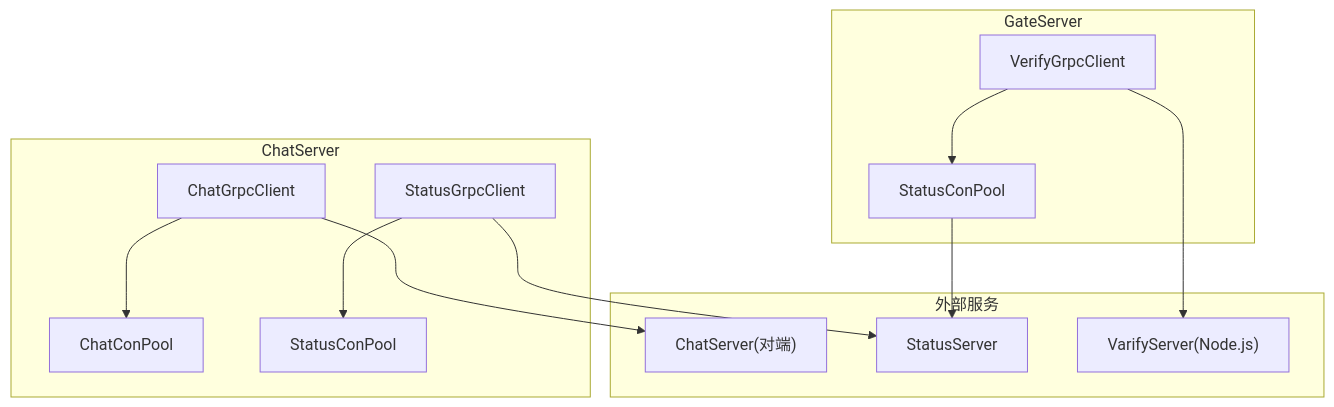
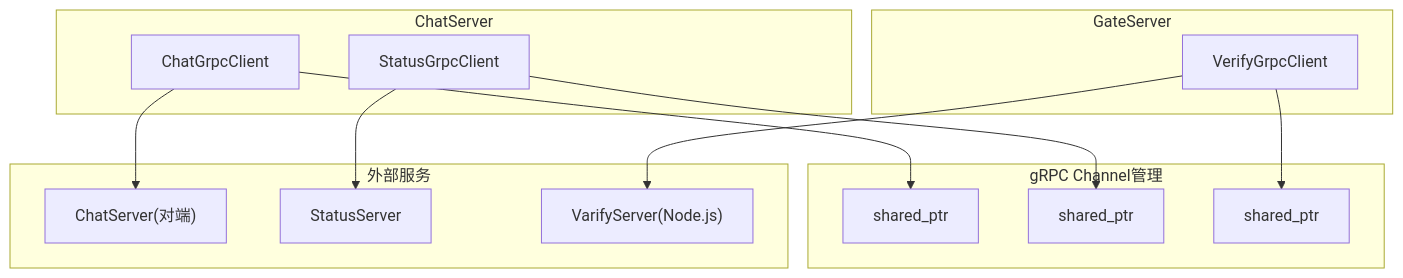
Before and after one commit to echo9923/mychatter: the first of 8 diagrams in .qoder/repowiki/zh/content/网络通信/gRPC微服务接口/gRPC客户端实现指南.md, drawn with Mermaid. The commit also changed other lines of this file and 54 other files, not shown here.

````diff
--- a/.qoder/repowiki/zh/content/网络通信/gRPC微服务接口/gRPC客户端实现指南.md
+++ b/.qoder/repowiki/zh/content/网络通信/gRPC微服务接口/gRPC客户端实现指南.md
@@ -56,25 +55,26 @@
 ```mermaid
 graph TB
 subgraph "ChatServer"
 CGC["ChatGrpcClient"]
 SGC["StatusGrpcClient"]
-CPool["ChatConPool"]
-SPool["StatusConPool"]
 end
 subgraph "GateServer"
 VGC["VerifyGrpcClient"]
-G_SPool["StatusConPool"]
+end
+subgraph "gRPC Channel管理"
+CH1["shared_ptr<Channel>"]
+CH2["shared_ptr<Channel>"]
+CH3["shared_ptr<Channel>"]
 end
 subgraph "外部服务"
 CS["ChatServer(对端)"]
 SS["StatusServer"]
 VS["VarifyServer(Node.js)"]
 end
-CGC --> CPool
+CGC --> CH1
 CGC --> CS
-SGC --> SPool
+SGC --> CH2
 SGC --> SS
-VGC --> G_SPool
+VGC --> CH3
 VGC --> VS
-G_SPool --> SS
 ```
````
